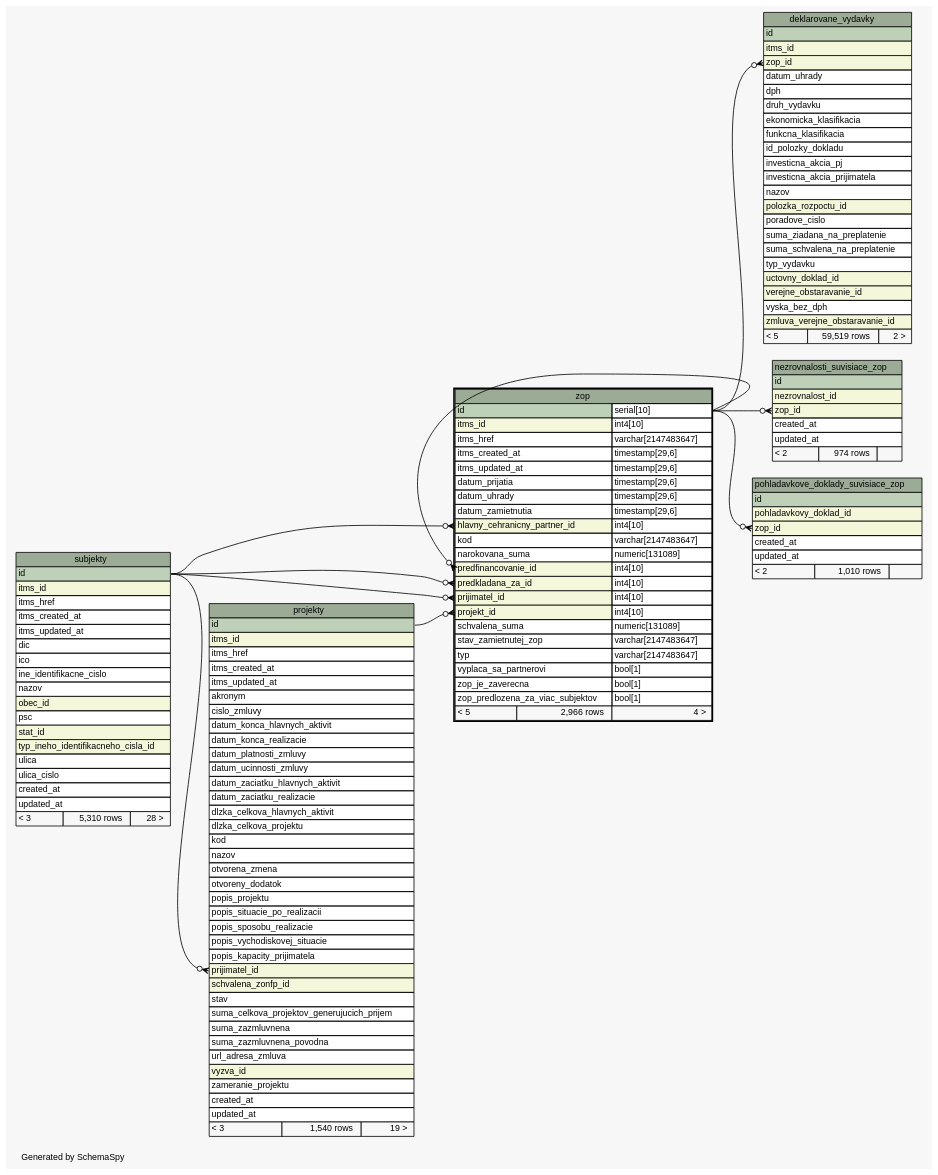
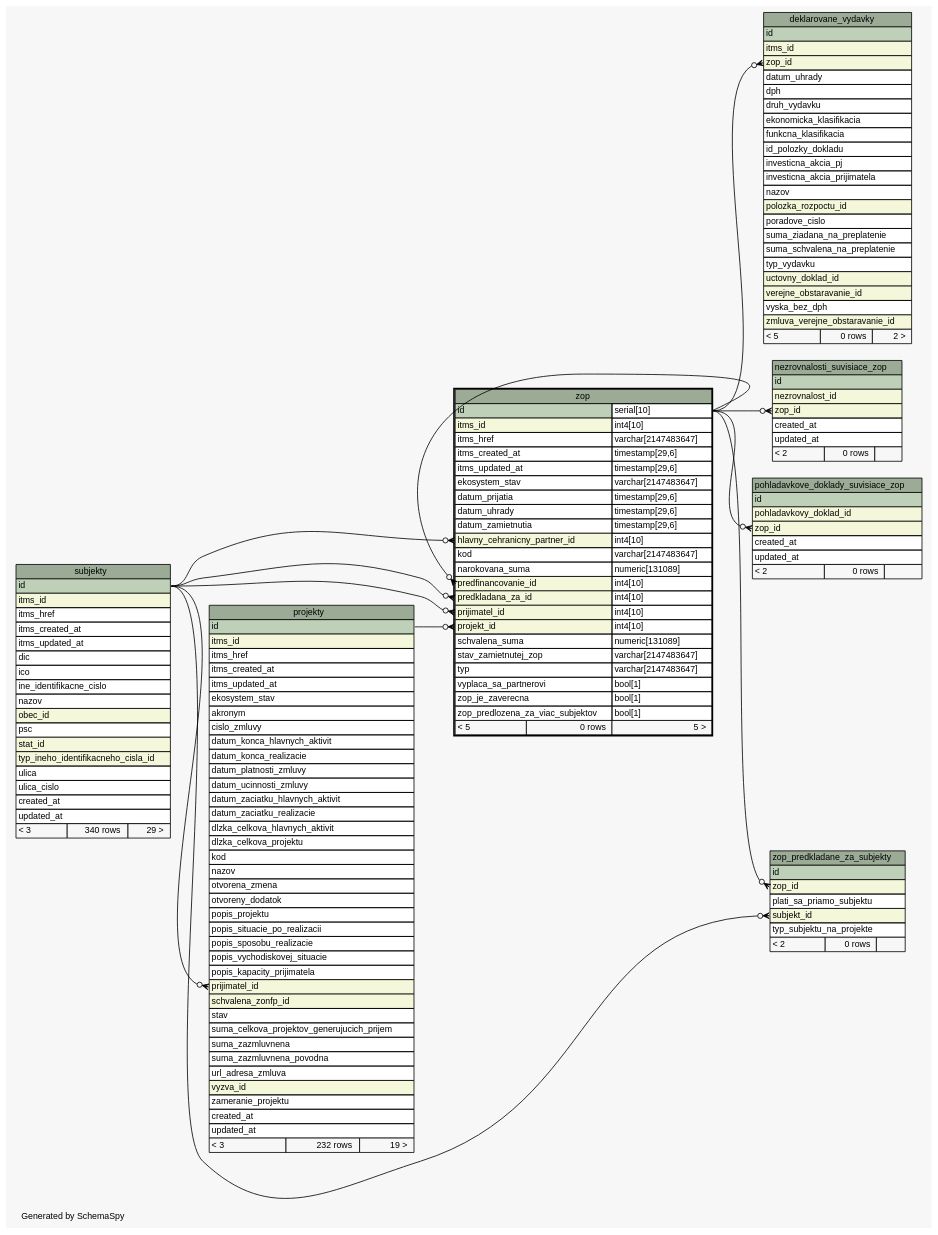
Before and after one commit to eronisko/itms_schema: the diagram in diagrams/zop.1degree.dot, drawn with Graphviz. The commit also changed 473 other files, not shown here.

Commit message:
Reload schema data

```diff
--- a/diagrams/zop.1degree.dot
+++ b/diagrams/zop.1degree.dot
@@ -28,6 +28,8 @@
   "zop":"predkladana_za_id":w -> "subjekty":"id":e [arrowhead=none dir=back arrowtail=crowodot];
   "zop":"prijimatel_id":w -> "subjekty":"id":e [arrowhead=none dir=back arrowtail=crowodot];
   "zop":"projekt_id":w -> "projekty":"id":e [arrowhead=none dir=back arrowtail=crowodot];
+  "zop_predkladane_za_subjekty":"subjekt_id":w -> "subjekty":"id":e [arrowhead=none dir=back arrowtail=crowodot];
+  "zop_predkladane_za_subjekty":"zop_id":w -> "zop":"id.type":e [arrowhead=none dir=back arrowtail=crowodot];
   "deklarovane_vydavky" [
     label=<
     <TABLE BORDER="0" CELLBORDER="1" CELLSPACING="0" BGCOLOR="#ffffff">
@@ -53,7 +55,7 @@
       <TR><TD PORT="verejne_obstaravanie_id" COLSPAN="3" BGCOLOR="#f4f7da" ALIGN="LEFT">verejne_obstaravanie_id</TD></TR>
       <TR><TD PORT="vyska_bez_dph" COLSPAN="3" ALIGN="LEFT">vyska_bez_dph</TD></TR>
       <TR><TD PORT="zmluva_verejne_obstaravanie_id" COLSPAN="3" BGCOLOR="#f4f7da" ALIGN="LEFT">zmluva_verejne_obstaravanie_id</TD></TR>
-      <TR><TD ALIGN="LEFT" BGCOLOR="#f7f7f7">&lt; 5</TD><TD ALIGN="RIGHT" BGCOLOR="#f7f7f7">59,519 rows</TD><TD ALIGN="RIGHT" BGCOLOR="#f7f7f7">2 &gt;</TD></TR>
+      <TR><TD ALIGN="LEFT" BGCOLOR="#f7f7f7">&lt; 5</TD><TD ALIGN="RIGHT" BGCOLOR="#f7f7f7">0 rows</TD><TD ALIGN="RIGHT" BGCOLOR="#f7f7f7">2 &gt;</TD></TR>
     </TABLE>>
     URL="deklarovane_vydavky.html"
     tooltip="deklarovane_vydavky"
@@ -67,7 +69,7 @@
       <TR><TD PORT="zop_id" COLSPAN="3" BGCOLOR="#f4f7da" ALIGN="LEFT">zop_id</TD></TR>
       <TR><TD PORT="created_at" COLSPAN="3" ALIGN="LEFT">created_at</TD></TR>
       <TR><TD PORT="updated_at" COLSPAN="3" ALIGN="LEFT">updated_at</TD></TR>
-      <TR><TD ALIGN="LEFT" BGCOLOR="#f7f7f7">&lt; 2</TD><TD ALIGN="RIGHT" BGCOLOR="#f7f7f7">974 rows</TD><TD ALIGN="RIGHT" BGCOLOR="#f7f7f7">  </TD></TR>
+      <TR><TD ALIGN="LEFT" BGCOLOR="#f7f7f7">&lt; 2</TD><TD ALIGN="RIGHT" BGCOLOR="#f7f7f7">0 rows</TD><TD ALIGN="RIGHT" BGCOLOR="#f7f7f7">  </TD></TR>
     </TABLE>>
     URL="nezrovnalosti_suvisiace_zop.html"
     tooltip="nezrovnalosti_suvisiace_zop"
@@ -81,7 +83,7 @@
       <TR><TD PORT="zop_id" COLSPAN="3" BGCOLOR="#f4f7da" ALIGN="LEFT">zop_id</TD></TR>
       <TR><TD PORT="created_at" COLSPAN="3" ALIGN="LEFT">created_at</TD></TR>
       <TR><TD PORT="updated_at" COLSPAN="3" ALIGN="LEFT">updated_at</TD></TR>
-      <TR><TD ALIGN="LEFT" BGCOLOR="#f7f7f7">&lt; 2</TD><TD ALIGN="RIGHT" BGCOLOR="#f7f7f7">1,010 rows</TD><TD ALIGN="RIGHT" BGCOLOR="#f7f7f7">  </TD></TR>
+      <TR><TD ALIGN="LEFT" BGCOLOR="#f7f7f7">&lt; 2</TD><TD ALIGN="RIGHT" BGCOLOR="#f7f7f7">0 rows</TD><TD ALIGN="RIGHT" BGCOLOR="#f7f7f7">  </TD></TR>
     </TABLE>>
     URL="pohladavkove_doklady_suvisiace_zop.html"
     tooltip="pohladavkove_doklady_suvisiace_zop"
@@ -95,6 +97,7 @@
       <TR><TD PORT="itms_href" COLSPAN="3" ALIGN="LEFT">itms_href</TD></TR>
       <TR><TD PORT="itms_created_at" COLSPAN="3" ALIGN="LEFT">itms_created_at</TD></TR>
       <TR><TD PORT="itms_updated_at" COLSPAN="3" ALIGN="LEFT">itms_updated_at</TD></TR>
+      <TR><TD PORT="ekosystem_stav" COLSPAN="3" ALIGN="LEFT">ekosystem_stav</TD></TR>
       <TR><TD PORT="akronym" COLSPAN="3" ALIGN="LEFT">akronym</TD></TR>
       <TR><TD PORT="cislo_zmluvy" COLSPAN="3" ALIGN="LEFT">cislo_zmluvy</TD></TR>
       <TR><TD PORT="datum_konca_hlavnych_aktivit" COLSPAN="3" ALIGN="LEFT">datum_konca_hlavnych_aktivit</TD></TR>
@@ -125,7 +128,7 @@
       <TR><TD PORT="zameranie_projektu" COLSPAN="3" ALIGN="LEFT">zameranie_projektu</TD></TR>
       <TR><TD PORT="created_at" COLSPAN="3" ALIGN="LEFT">created_at</TD></TR>
       <TR><TD PORT="updated_at" COLSPAN="3" ALIGN="LEFT">updated_at</TD></TR>
-      <TR><TD ALIGN="LEFT" BGCOLOR="#f7f7f7">&lt; 3</TD><TD ALIGN="RIGHT" BGCOLOR="#f7f7f7">1,540 rows</TD><TD ALIGN="RIGHT" BGCOLOR="#f7f7f7">19 &gt;</TD></TR>
+      <TR><TD ALIGN="LEFT" BGCOLOR="#f7f7f7">&lt; 3</TD><TD ALIGN="RIGHT" BGCOLOR="#f7f7f7">232 rows</TD><TD ALIGN="RIGHT" BGCOLOR="#f7f7f7">19 &gt;</TD></TR>
     </TABLE>>
     URL="projekty.html"
     tooltip="projekty"
@@ -151,7 +154,7 @@
       <TR><TD PORT="ulica_cislo" COLSPAN="3" ALIGN="LEFT">ulica_cislo</TD></TR>
       <TR><TD PORT="created_at" COLSPAN="3" ALIGN="LEFT">created_at</TD></TR>
       <TR><TD PORT="updated_at" COLSPAN="3" ALIGN="LEFT">updated_at</TD></TR>
-      <TR><TD ALIGN="LEFT" BGCOLOR="#f7f7f7">&lt; 3</TD><TD ALIGN="RIGHT" BGCOLOR="#f7f7f7">5,310 rows</TD><TD ALIGN="RIGHT" BGCOLOR="#f7f7f7">28 &gt;</TD></TR>
+      <TR><TD ALIGN="LEFT" BGCOLOR="#f7f7f7">&lt; 3</TD><TD ALIGN="RIGHT" BGCOLOR="#f7f7f7">340 rows</TD><TD ALIGN="RIGHT" BGCOLOR="#f7f7f7">29 &gt;</TD></TR>
     </TABLE>>
     URL="subjekty.html"
     tooltip="subjekty"
@@ -165,6 +168,7 @@
       <TR><TD PORT="itms_href" COLSPAN="2" ALIGN="LEFT">itms_href</TD><TD PORT="itms_href.type" ALIGN="LEFT">varchar[2147483647]</TD></TR>
       <TR><TD PORT="itms_created_at" COLSPAN="2" ALIGN="LEFT">itms_created_at</TD><TD PORT="itms_created_at.type" ALIGN="LEFT">timestamp[29,6]</TD></TR>
       <TR><TD PORT="itms_updated_at" COLSPAN="2" ALIGN="LEFT">itms_updated_at</TD><TD PORT="itms_updated_at.type" ALIGN="LEFT">timestamp[29,6]</TD></TR>
+      <TR><TD PORT="ekosystem_stav" COLSPAN="2" ALIGN="LEFT">ekosystem_stav</TD><TD PORT="ekosystem_stav.type" ALIGN="LEFT">varchar[2147483647]</TD></TR>
       <TR><TD PORT="datum_prijatia" COLSPAN="2" ALIGN="LEFT">datum_prijatia</TD><TD PORT="datum_prijatia.type" ALIGN="LEFT">timestamp[29,6]</TD></TR>
       <TR><TD PORT="datum_uhrady" COLSPAN="2" ALIGN="LEFT">datum_uhrady</TD><TD PORT="datum_uhrady.type" ALIGN="LEFT">timestamp[29,6]</TD></TR>
       <TR><TD PORT="datum_zamietnutia" COLSPAN="2" ALIGN="LEFT">datum_zamietnutia</TD><TD PORT="datum_zamietnutia.type" ALIGN="LEFT">timestamp[29,6]</TD></TR>
@@ -181,9 +185,23 @@
       <TR><TD PORT="vyplaca_sa_partnerovi" COLSPAN="2" ALIGN="LEFT">vyplaca_sa_partnerovi</TD><TD PORT="vyplaca_sa_partnerovi.type" ALIGN="LEFT">bool[1]</TD></TR>
       <TR><TD PORT="zop_je_zaverecna" COLSPAN="2" ALIGN="LEFT">zop_je_zaverecna</TD><TD PORT="zop_je_zaverecna.type" ALIGN="LEFT">bool[1]</TD></TR>
       <TR><TD PORT="zop_predlozena_za_viac_subjektov" COLSPAN="2" ALIGN="LEFT">zop_predlozena_za_viac_subjektov</TD><TD PORT="zop_predlozena_za_viac_subjektov.type" ALIGN="LEFT">bool[1]</TD></TR>
-      <TR><TD ALIGN="LEFT" BGCOLOR="#f7f7f7">&lt; 5</TD><TD ALIGN="RIGHT" BGCOLOR="#f7f7f7">2,966 rows</TD><TD ALIGN="RIGHT" BGCOLOR="#f7f7f7">4 &gt;</TD></TR>
+      <TR><TD ALIGN="LEFT" BGCOLOR="#f7f7f7">&lt; 5</TD><TD ALIGN="RIGHT" BGCOLOR="#f7f7f7">0 rows</TD><TD ALIGN="RIGHT" BGCOLOR="#f7f7f7">5 &gt;</TD></TR>
     </TABLE>>
     URL="zop.html"
     tooltip="zop"
   ];
+  "zop_predkladane_za_subjekty" [
+    label=<
+    <TABLE BORDER="0" CELLBORDER="1" CELLSPACING="0" BGCOLOR="#ffffff">
+      <TR><TD COLSPAN="3" BGCOLOR="#9bab96" ALIGN="CENTER">zop_predkladane_za_subjekty</TD></TR>
+      <TR><TD PORT="id" COLSPAN="3" BGCOLOR="#bed1b8" ALIGN="LEFT">id</TD></TR>
+      <TR><TD PORT="zop_id" COLSPAN="3" BGCOLOR="#f4f7da" ALIGN="LEFT">zop_id</TD></TR>
+      <TR><TD PORT="plati_sa_priamo_subjektu" COLSPAN="3" ALIGN="LEFT">plati_sa_priamo_subjektu</TD></TR>
+      <TR><TD PORT="subjekt_id" COLSPAN="3" BGCOLOR="#f4f7da" ALIGN="LEFT">subjekt_id</TD></TR>
+      <TR><TD PORT="typ_subjektu_na_projekte" COLSPAN="3" ALIGN="LEFT">typ_subjektu_na_projekte</TD></TR>
+      <TR><TD ALIGN="LEFT" BGCOLOR="#f7f7f7">&lt; 2</TD><TD ALIGN="RIGHT" BGCOLOR="#f7f7f7">0 rows</TD><TD ALIGN="RIGHT" BGCOLOR="#f7f7f7">  </TD></TR>
+    </TABLE>>
+    URL="zop_predkladane_za_subjekty.html"
+    tooltip="zop_predkladane_za_subjekty"
+  ];
 }
```
